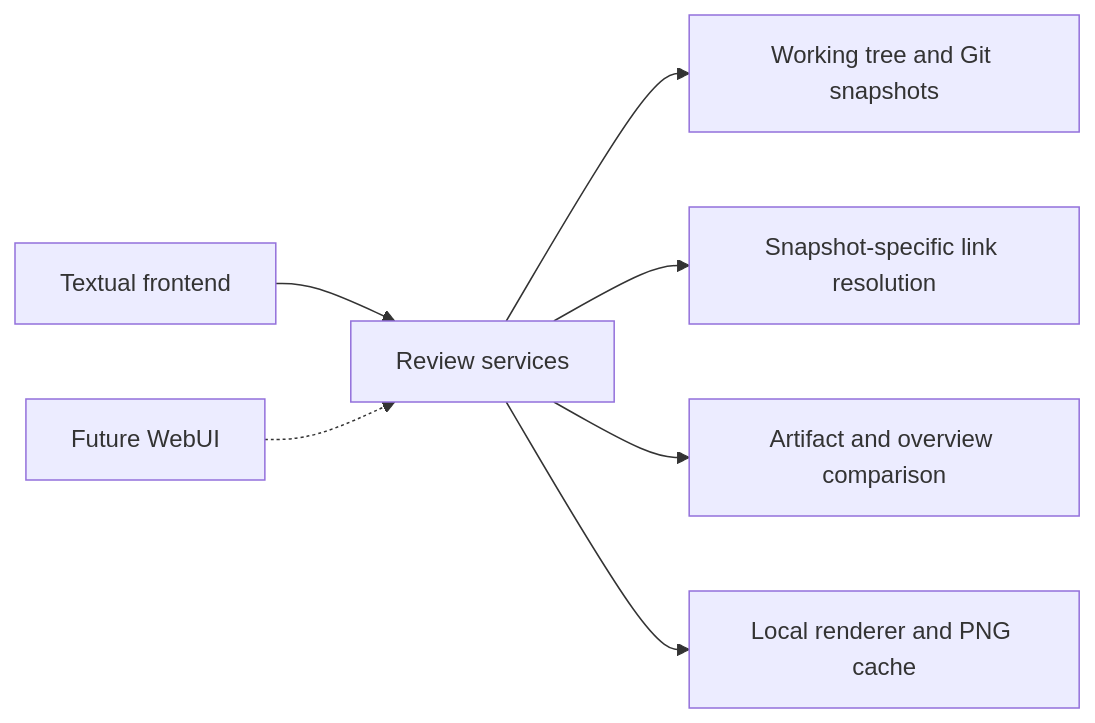
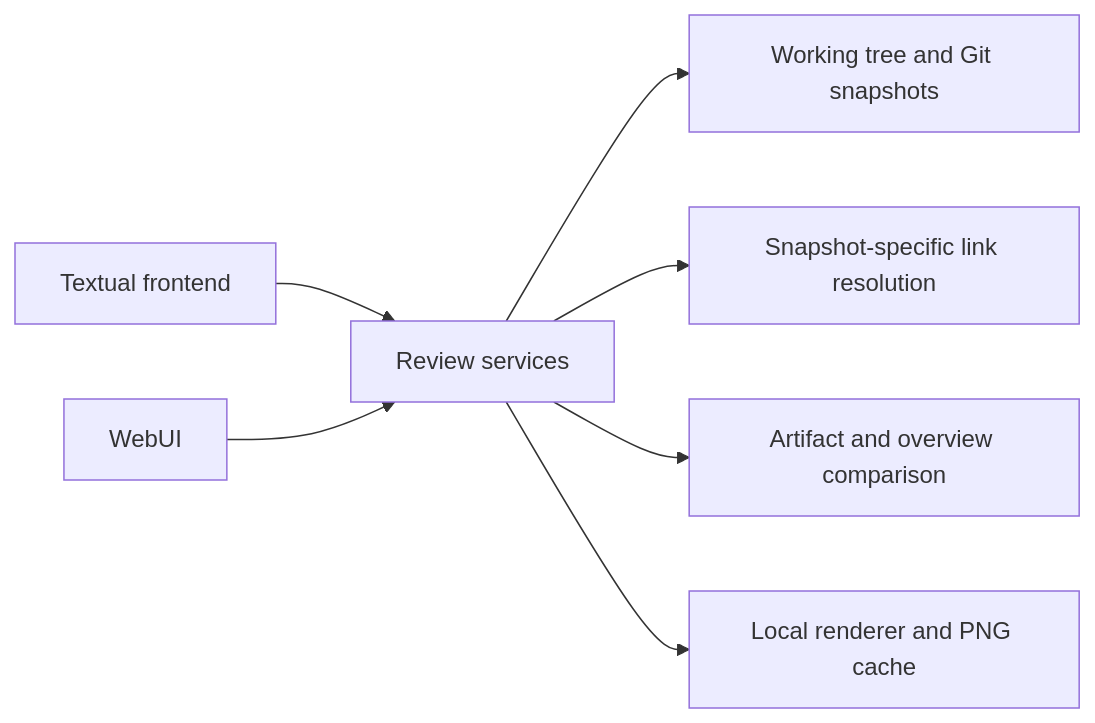
The first of 2 diagrams in spec/generated/architecture.md (Lucas-Steinmann/spec-review), drawn with Mermaid before and after one commit. The commit also changed other lines of this file and 72 other files, not shown here.

````diff
--- a/spec/generated/architecture.md
+++ b/spec/generated/architecture.md
@@ -14,9 +14,9 @@
 ```mermaid
 flowchart LR
   TUI[Textual frontend] --> Backend[Review services]
-  Web[Future WebUI] -.-> Backend
+  Web[WebUI] --> Backend
   Backend --> Snapshots[Working tree and Git snapshots]
   Backend --> Links[Snapshot-specific link resolution]
   Backend --> Diff[Artifact and overview comparison]
   Backend --> Diagrams[Local renderer and PNG cache]
 ```
````
